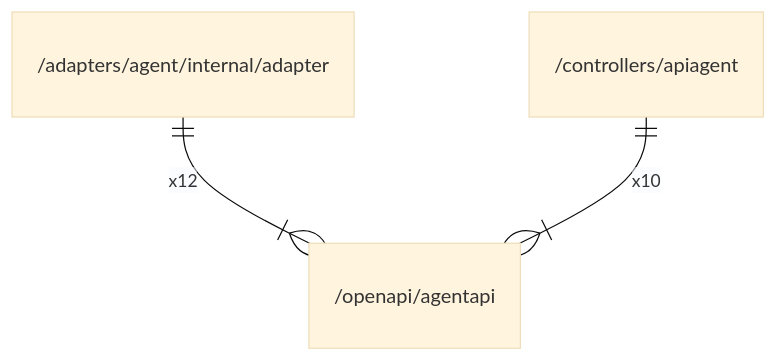
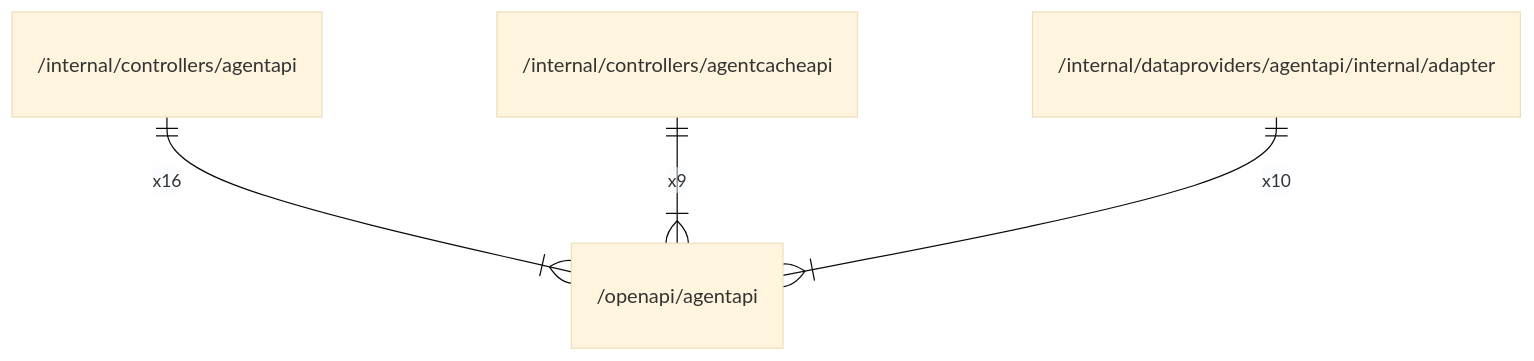
Before and after one commit to gbh007/hgraber-next: the diagram in docs/arch/openapi/agentapi.md, drawn with Mermaid (base theme). The commit also changed other lines of this file and 193 other files, not shown here.

````diff
--- a/docs/arch/openapi/agentapi.md
+++ b/docs/arch/openapi/agentapi.md
@@ -52,5 +46,6 @@
 ```mermaid
 erDiagram
-    "/adapters/agent/internal/adapter" ||--|{ "/openapi/agentapi" : x12
-    "/controllers/apiagent" ||--|{ "/openapi/agentapi" : x10
+    "/internal/controllers/agentapi" ||--|{ "/openapi/agentapi" : x16
+    "/internal/controllers/agentcacheapi" ||--|{ "/openapi/agentapi" : x9
+    "/internal/dataproviders/agentapi/internal/adapter" ||--|{ "/openapi/agentapi" : x10
 ```
````
